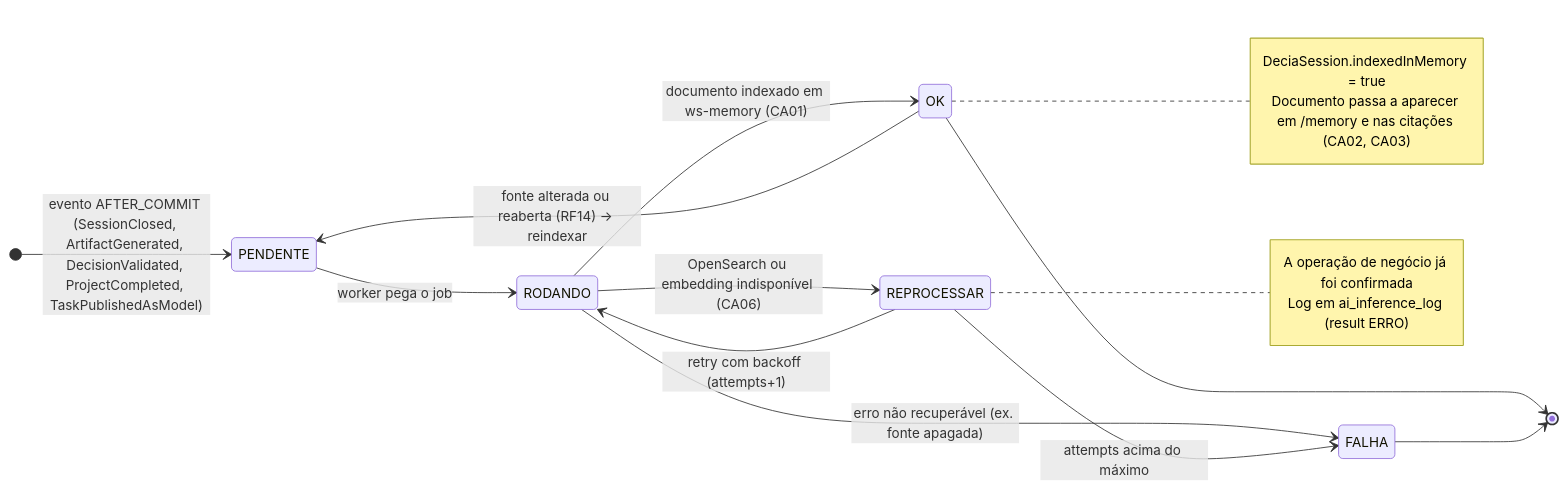
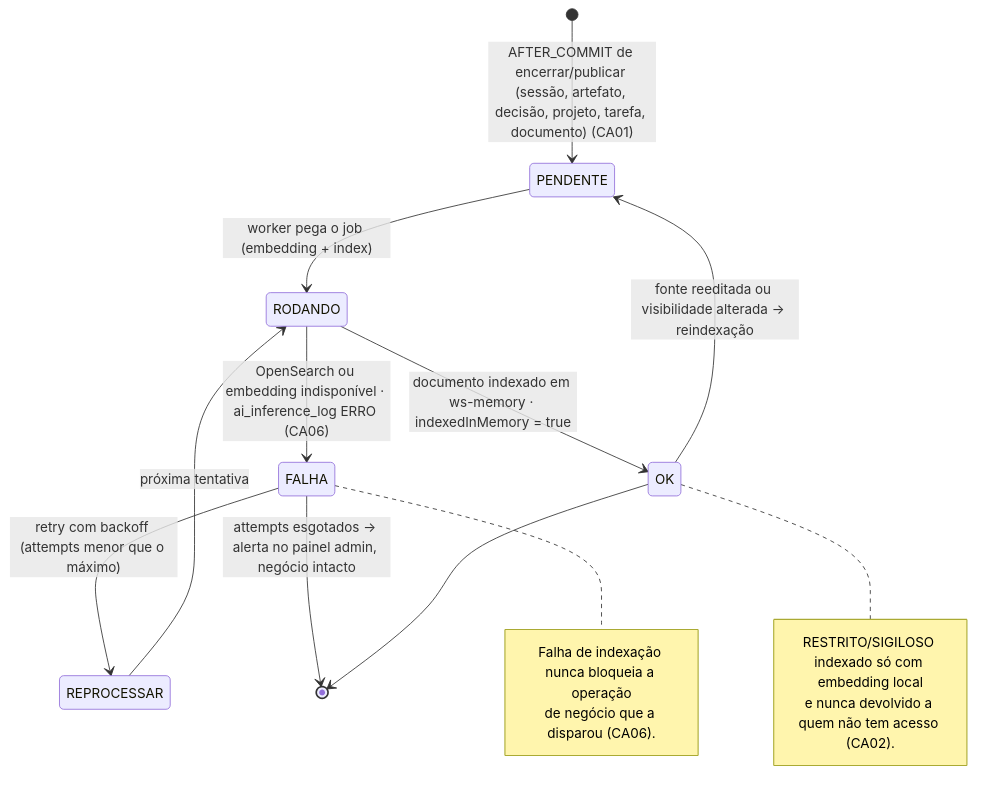
Before and after one commit to MatheusHaliski/Decia-app-2026: the fourth of 5 diagrams in docs/diagramas/RF33/README.md, drawn with Mermaid. The commit also changed other lines of this file and 4 other files, not shown here.

First line of the commit message:
docs(diagramas): reescreve RF30–RF34 (Autopiloto, Simulador, Espelho, Memória, Extração)

````diff
--- a/docs/diagramas/RF33/README.md
+++ b/docs/diagramas/RF33/README.md
@@ -423,22 +395,20 @@
 ```mermaid
 stateDiagram-v2
-  direction LR
-  [*] --> PENDENTE : evento AFTER_COMMIT (SessionClosed, ArtifactGenerated, DecisionValidated, ProjectCompleted, TaskPublishedAsModel)
-  PENDENTE --> RODANDO : worker pega o job
-  RODANDO --> OK : documento indexado em ws-memory (CA01)
-  RODANDO --> FALHA : erro não recuperável (ex. fonte apagada)
-  RODANDO --> REPROCESSAR : OpenSearch ou embedding indisponível (CA06)
-  REPROCESSAR --> RODANDO : retry com backoff (attempts+1)
-  REPROCESSAR --> FALHA : attempts acima do máximo
-  OK --> PENDENTE : fonte alterada ou reaberta (RF14) → reindexar
+  [*] --> PENDENTE: AFTER_COMMIT de encerrar/publicar (sessão, artefato, decisão, projeto, tarefa, documento) (CA01)
+  PENDENTE --> RODANDO: worker pega o job (embedding + index)
+  RODANDO --> OK: documento indexado em ws-memory · indexedInMemory = true
+  RODANDO --> FALHA: OpenSearch ou embedding indisponível · ai_inference_log ERRO (CA06)
+  FALHA --> REPROCESSAR: retry com backoff (attempts menor que o máximo)
+  REPROCESSAR --> RODANDO: próxima tentativa
+  FALHA --> [*]: attempts esgotados → alerta no painel admin, negócio intacto
+  OK --> PENDENTE: fonte reeditada ou visibilidade alterada → reindexação
   OK --> [*]
-  FALHA --> [*]
+  note right of FALHA
+    Falha de indexação nunca bloqueia a operação
+    de negócio que a disparou (CA06).
+  end note
   note right of OK
-    DeciaSession.indexedInMemory = true
-    Documento passa a aparecer em /memory e nas citações (CA02, CA03)
-  end note
-  note right of REPROCESSAR
-    A operação de negócio já foi confirmada
-    Log em ai_inference_log (result ERRO)
+    RESTRITO/SIGILOSO indexado só com embedding local
+    e nunca devolvido a quem não tem acesso (CA02).
   end note
 ```
````
